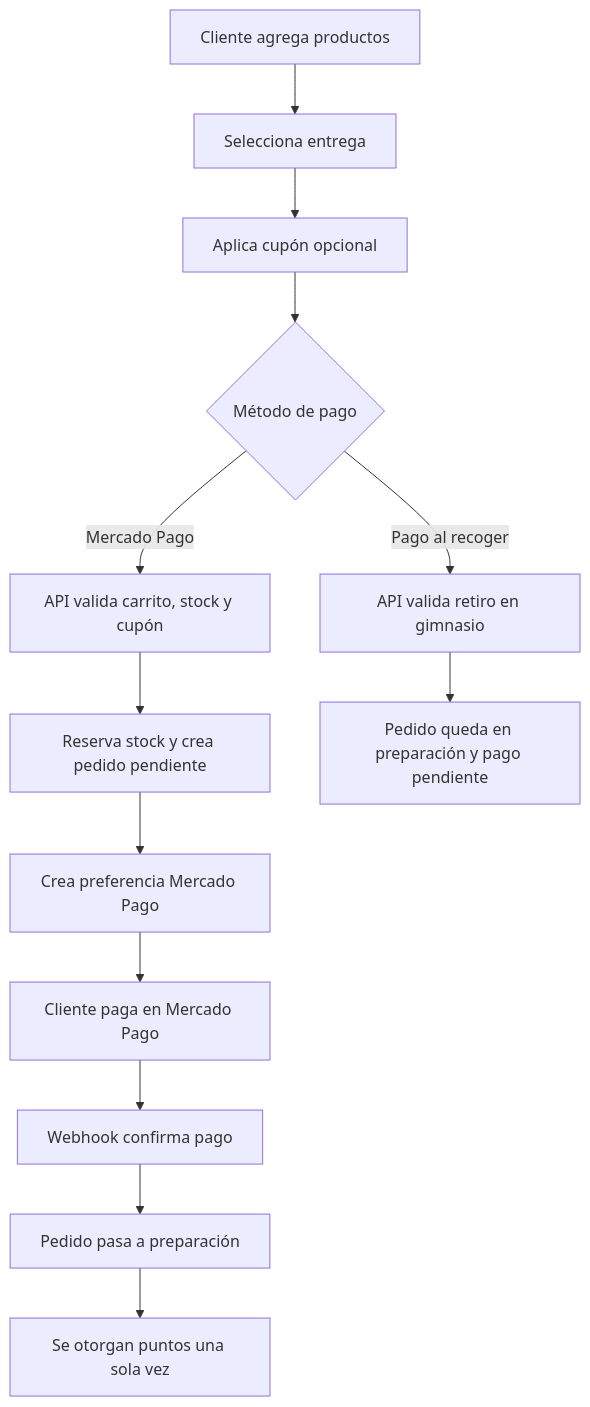
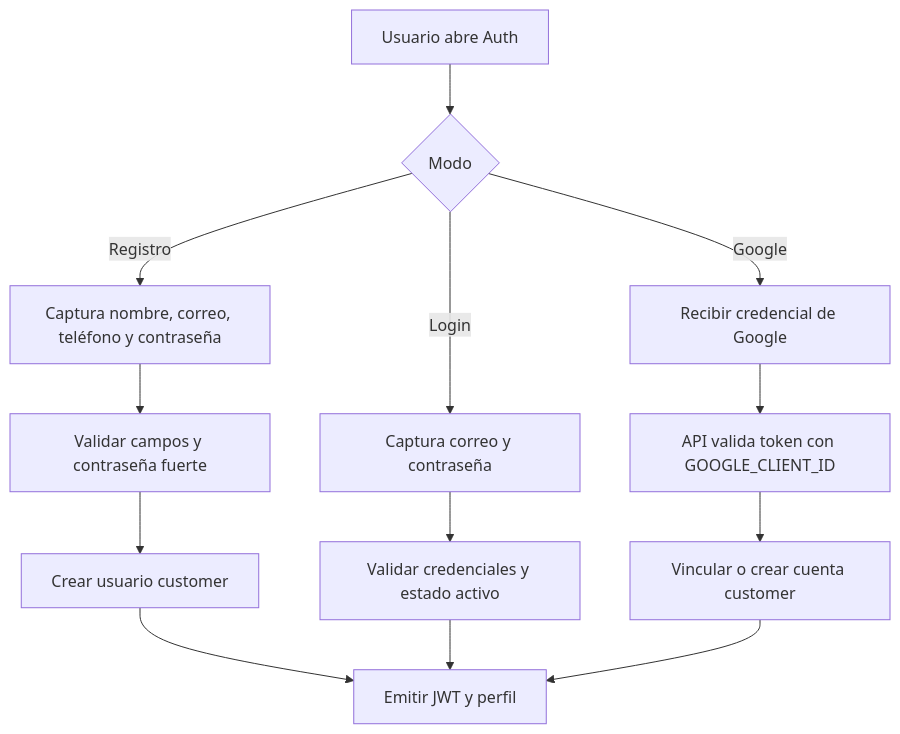
One commit to IvanNario/gymverse changed the second of 9 diagrams in documentacion/03_diagramas.md. Above: the diagram before and after it, drawn with Mermaid. The commit also changed other lines of this file and 23 other files, not shown here.

````diff
--- a/documentacion/03_diagramas.md
+++ b/documentacion/03_diagramas.md
@@ -20,15 +23,15 @@
 ```mermaid
 flowchart TD
-    A["Cliente agrega productos"] --> B["Selecciona entrega"]
-    B --> C["Aplica cupón opcional"]
-    C --> D{"Método de pago"}
-    D -->|Mercado Pago| E["API valida carrito, stock y cupón"]
-    D -->|Pago al recoger| F["API valida retiro en gimnasio"]
-    E --> G["Reserva stock y crea pedido pendiente"]
-    G --> H["Crea preferencia Mercado Pago"]
-    H --> I["Cliente paga en Mercado Pago"]
-    I --> J["Webhook confirma pago"]
-    J --> K["Pedido pasa a preparación"]
-    K --> L["Se otorgan puntos una sola vez"]
-    F --> M["Pedido queda en preparación y pago pendiente"]
+  A["Usuario abre Auth"] --> B{"Modo"}
+  B -->|Registro| C["Captura nombre, correo, teléfono y contraseña"]
+  C --> D["Validar campos y contraseña fuerte"]
+  D --> E["Crear usuario customer"]
+  B -->|Login| F["Captura correo y contraseña"]
+  F --> G["Validar credenciales y estado activo"]
+  B -->|Google| H["Recibir credencial de Google"]
+  H --> I["API valida token con GOOGLE_CLIENT_ID"]
+  I --> J["Vincular o crear cuenta customer"]
+  E --> K["Emitir JWT y perfil"]
+  G --> K
+  J --> K
 ```
````
